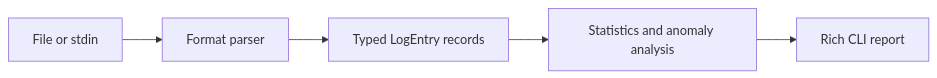
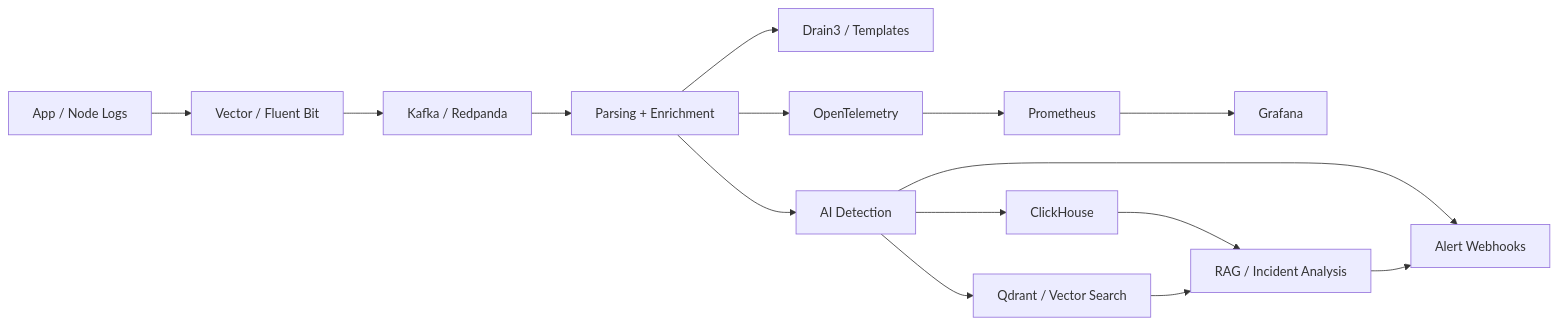
Before and after one commit to CoreyLeath-code/LogSight-AI: the diagram in README.md, drawn with Mermaid. The commit also changed other lines of this file, not shown here.

Commit message:
docs: document enterprise observability architecture

````diff
--- a/README.md
+++ b/README.md
@@ -55,7 +15,17 @@
 ```mermaid
 flowchart LR
-    A["File or stdin"] --> B["Format parser"]
-    B --> C["Typed LogEntry records"]
-    C --> D["Statistics and anomaly analysis"]
-    D --> E["Rich CLI report"]
+    A["App / Node Logs"] --> B["Vector / Fluent Bit"]
+    B --> C["Kafka / Redpanda"]
+    C --> D["Parsing + Enrichment"]
+    D --> E["Drain3 / Templates"]
+    D --> F["AI Detection"]
+    F --> G["ClickHouse"]
+    F --> H["Qdrant / Vector Search"]
+    D --> I["OpenTelemetry"]
+    I --> J["Prometheus"]
+    J --> K["Grafana"]
+    F --> L["Alert Webhooks"]
+    G --> M["RAG / Incident Analysis"]
+    H --> M
+    M --> L
 ```
````
